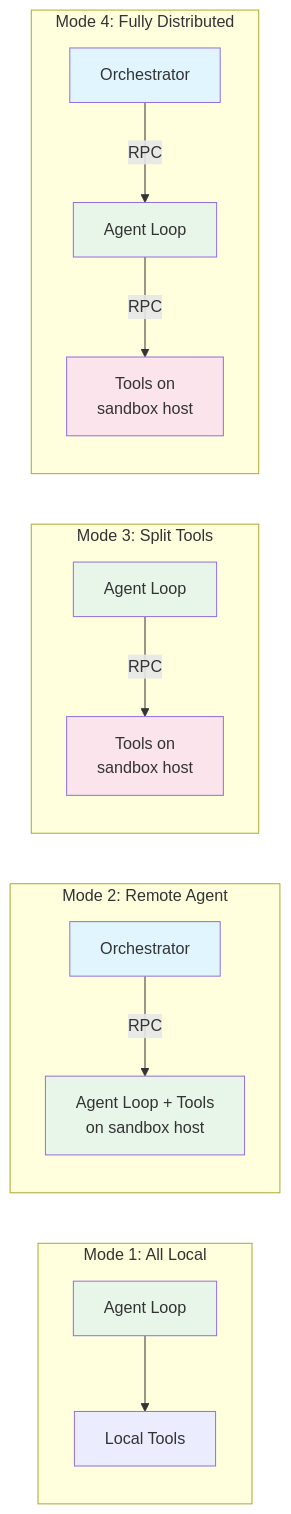
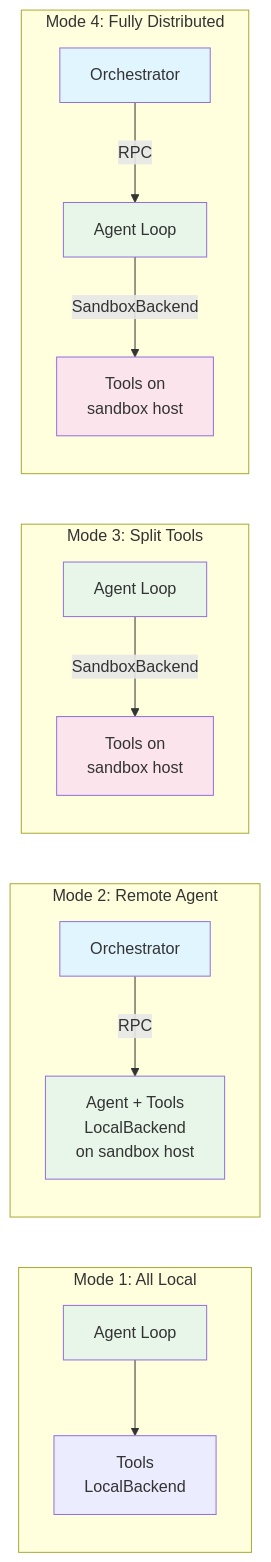
Before and after one commit to dcosson/flex-agent-runtime: the second of 10 diagrams in docs/plans/00-architecture.md, drawn with Mermaid. The commit also changed other lines of this file and 3 other files, not shown here.

````diff
--- a/docs/plans/00-architecture.md
+++ b/docs/plans/00-architecture.md
@@ -138,27 +158,27 @@
 ```mermaid
 graph LR
     subgraph "Mode 1: All Local"
-        M1A[Agent Loop] --> M1B[Local Tools]
+        M1A[Agent Loop] --> M1B[Tools<br/>LocalBackend]
     end
 
     subgraph "Mode 2: Remote Agent"
-        M2O[Orchestrator] -->|RPC| M2A[Agent Loop + Tools<br/>on sandbox host]
+        M2O[Orchestrator] -->|RPC| M2A[Agent + Tools<br/>LocalBackend<br/>on sandbox host]
     end
 
     subgraph "Mode 3: Split Tools"
-        M3A[Agent Loop] -->|RPC| M3B[Tools on<br/>sandbox host]
+        M3A[Agent Loop] -->|SandboxBackend| M3B[Tools on<br/>sandbox host]
     end
 
     subgraph "Mode 4: Fully Distributed"
-        M4O[Orchestrator] -->|RPC| M4A[Agent Loop] -->|RPC| M4B[Tools on<br/>sandbox host]
+        M4O[Orchestrator] -->|RPC| M4A[Agent Loop] -->|SandboxBackend| M4B[Tools on<br/>sandbox host]
     end
 
     style M1A fill:#e8f5e9
     style M2O fill:#e1f5fe
     style M2A fill:#e8f5e9
     style M3A fill:#e8f5e9
     style M3B fill:#fce4ec
     style M4O fill:#e1f5fe
     style M4A fill:#e8f5e9
     style M4B fill:#fce4ec
 ```
````
